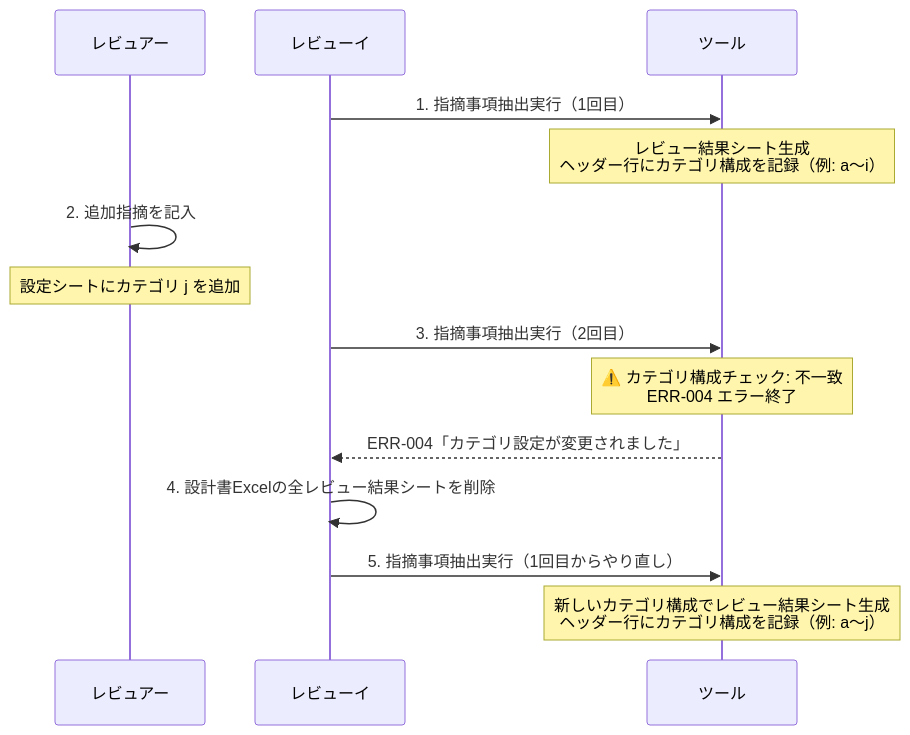
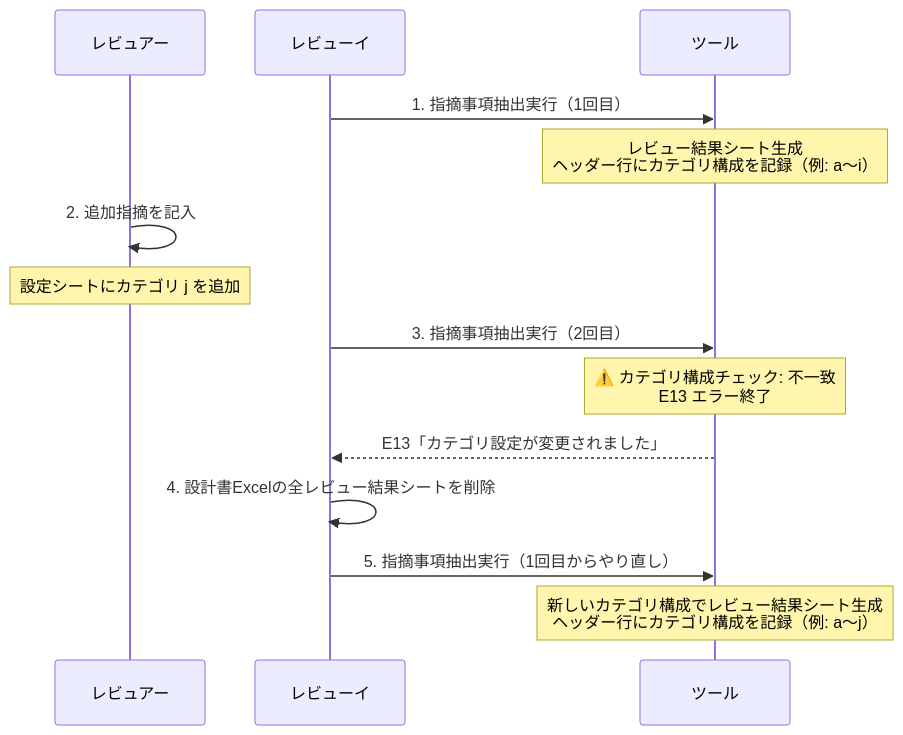
One commit to Fintan-contents/review-support-tool changed the third of 3 diagrams in doctool/docs/v2-plan.md. Above: the diagram before and after it, drawn with Mermaid. The commit also changed other lines of this file and 1 other file, not shown here.

````diff
--- a/doctool/docs/v2-plan.md
+++ b/doctool/docs/v2-plan.md
@@ -104,17 +123,17 @@
 ```mermaid
 sequenceDiagram
     participant R as レビュアー
     participant RI as レビューイ
     participant T as ツール
 
     RI->>T: 1. 指摘事項抽出実行（1回目）
     Note over T: レビュー結果シート生成<br/>ヘッダー行にカテゴリ構成を記録（例: a～i）
     R->>R: 2. 追加指摘を記入
     Note over R: 設定シートにカテゴリ j を追加
     RI->>T: 3. 指摘事項抽出実行（2回目）
-    Note over T: ⚠️ カテゴリ構成チェック: 不一致<br/>ERR-004 エラー終了
-    T-->>RI: ERR-004「カテゴリ設定が変更されました」
+    Note over T: ⚠️ カテゴリ構成チェック: 不一致<br/>E13 エラー終了
+    T-->>RI: E13「カテゴリ設定が変更されました」
     RI->>RI: 4. 設計書Excelの全レビュー結果シートを削除
     RI->>T: 5. 指摘事項抽出実行（1回目からやり直し）
     Note over T: 新しいカテゴリ構成でレビュー結果シート生成<br/>ヘッダー行にカテゴリ構成を記録（例: a～j）
 ```
````
